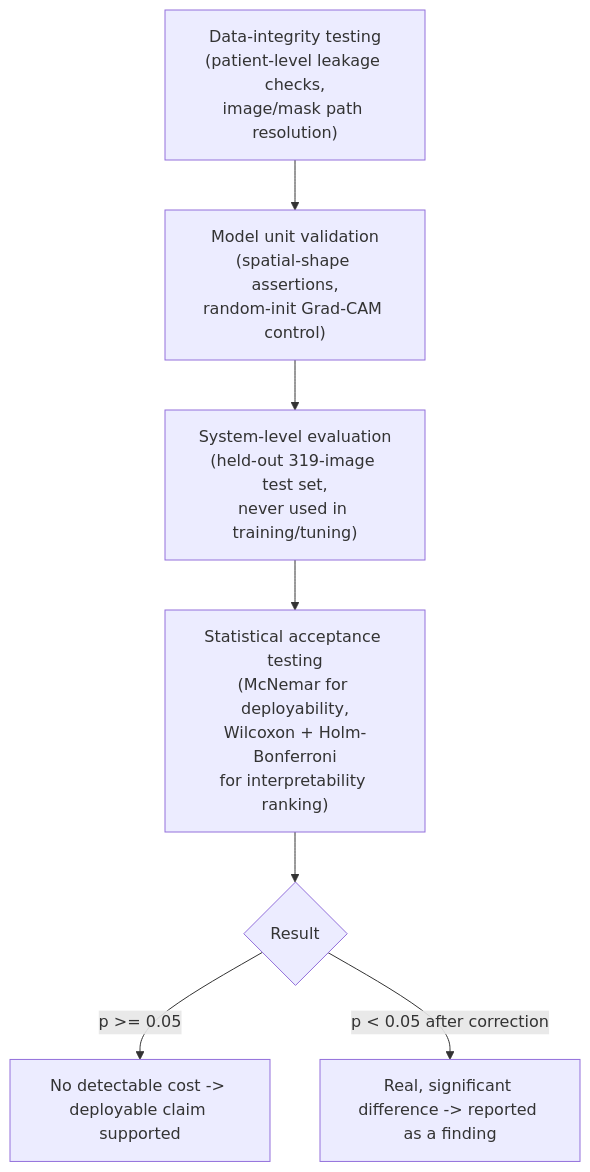
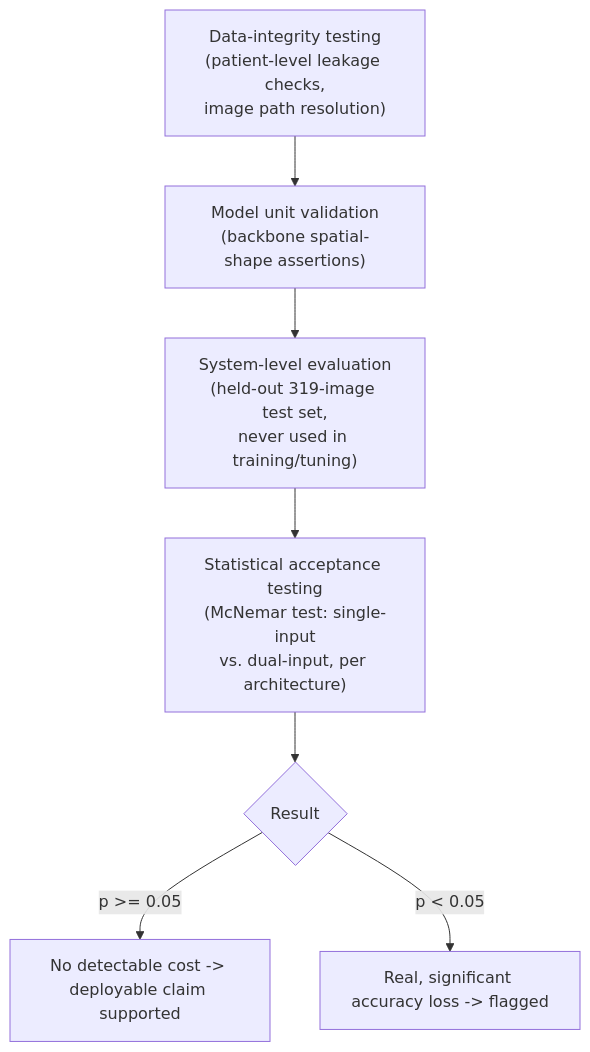
The diagram in zdocs/results_testing_evaluation.md (jesimoandrew/Explainable-Breast-Cancer-Detection-Model), drawn with Mermaid before and after one commit. The commit also changed other lines of this file, not shown here.

````diff
--- a/zdocs/results_testing_evaluation.md
+++ b/zdocs/results_testing_evaluation.md
@@ -103,9 +87,9 @@
 ```mermaid
 flowchart TD
-    A["Data-integrity testing\n(patient-level leakage checks,\nimage/mask path resolution)"] --> B["Model unit validation\n(spatial-shape assertions,\nrandom-init Grad-CAM control)"]
+    A["Data-integrity testing\n(patient-level leakage checks,\nimage path resolution)"] --> B["Model unit validation\n(backbone spatial-shape assertions)"]
     B --> C["System-level evaluation\n(held-out 319-image test set,\nnever used in training/tuning)"]
-    C --> D["Statistical acceptance testing\n(McNemar for deployability,\nWilcoxon + Holm-Bonferroni\nfor interpretability ranking)"]
+    C --> D["Statistical acceptance testing\n(McNemar test: single-input\nvs. dual-input, per architecture)"]
     D --> E{"Result"}
     E -->|"p >= 0.05"| F["No detectable cost -> deployable claim supported"]
-    E -->|"p < 0.05 after correction"| G["Real, significant difference -> reported as a finding"]
+    E -->|"p < 0.05"| G["Real, significant accuracy loss -> flagged"]
 ```
````
